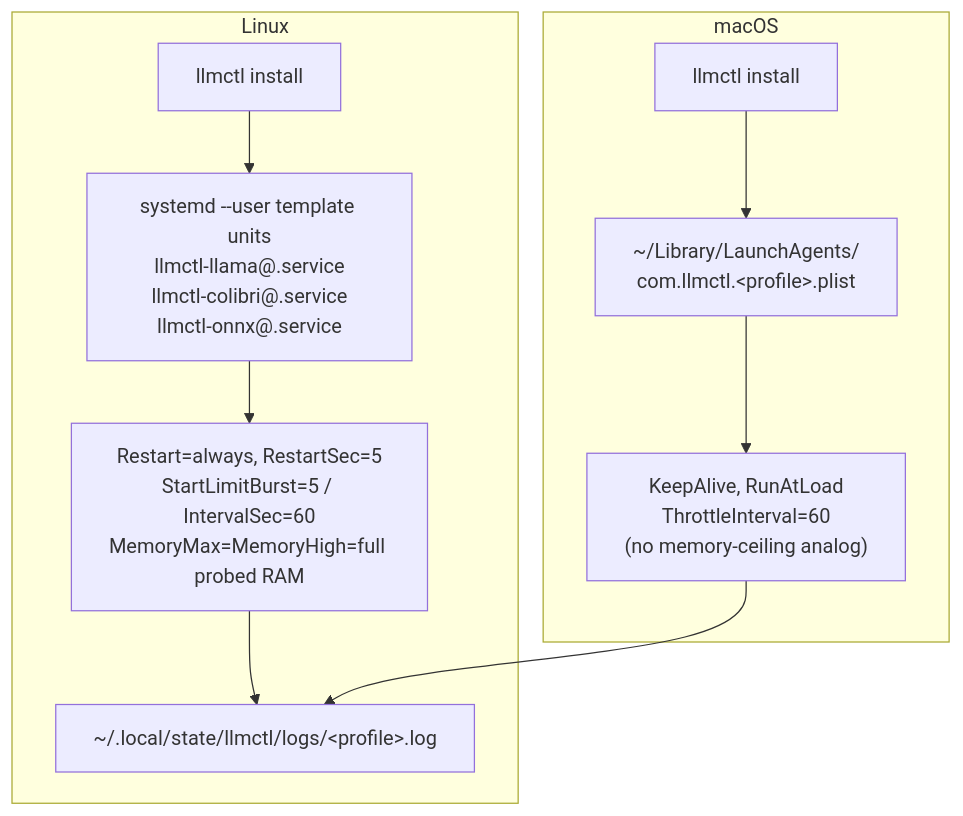
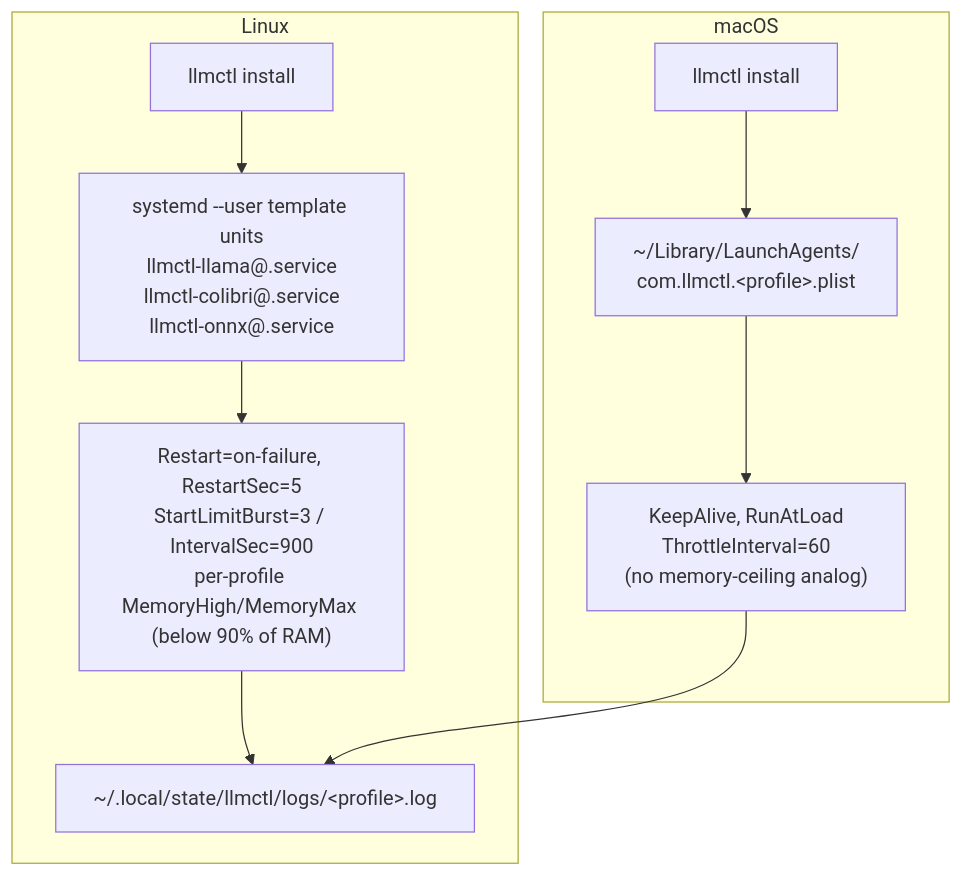
Before and after one commit to vasic-digital/llmctl: the fourth of 12 diagrams in docs/architecture.md, drawn with Mermaid. The commit also changed other lines of this file and 4 other files, not shown here.

First line of the commit message:
docs: correct stale restart policy and gateway memory comment

````diff
--- a/docs/architecture.md
+++ b/docs/architecture.md
@@ -169,13 +169,13 @@
 ```mermaid
 flowchart TD
     subgraph Linux
         L1["llmctl install"] --> L2["systemd --user template units<br/>llmctl-llama@.service<br/>llmctl-colibri@.service<br/>llmctl-onnx@.service"]
-        L2 --> L3["Restart=always, RestartSec=5<br/>StartLimitBurst=5 / IntervalSec=60<br/>MemoryMax=MemoryHigh=full probed RAM"]
+        L2 --> L3["Restart=on-failure, RestartSec=5<br/>StartLimitBurst=3 / IntervalSec=900<br/>per-profile MemoryHigh/MemoryMax (below 90% of RAM)"]
         L3 --> L4["~/.local/state/llmctl/logs/&lt;profile&gt;.log"]
     end
     subgraph macOS
         M1["llmctl install"] --> M2["~/Library/LaunchAgents/<br/>com.llmctl.&lt;profile&gt;.plist"]
         M2 --> M3["KeepAlive, RunAtLoad<br/>ThrottleInterval=60<br/>(no memory-ceiling analog)"]
         M3 --> L4
     end
 ```
````
